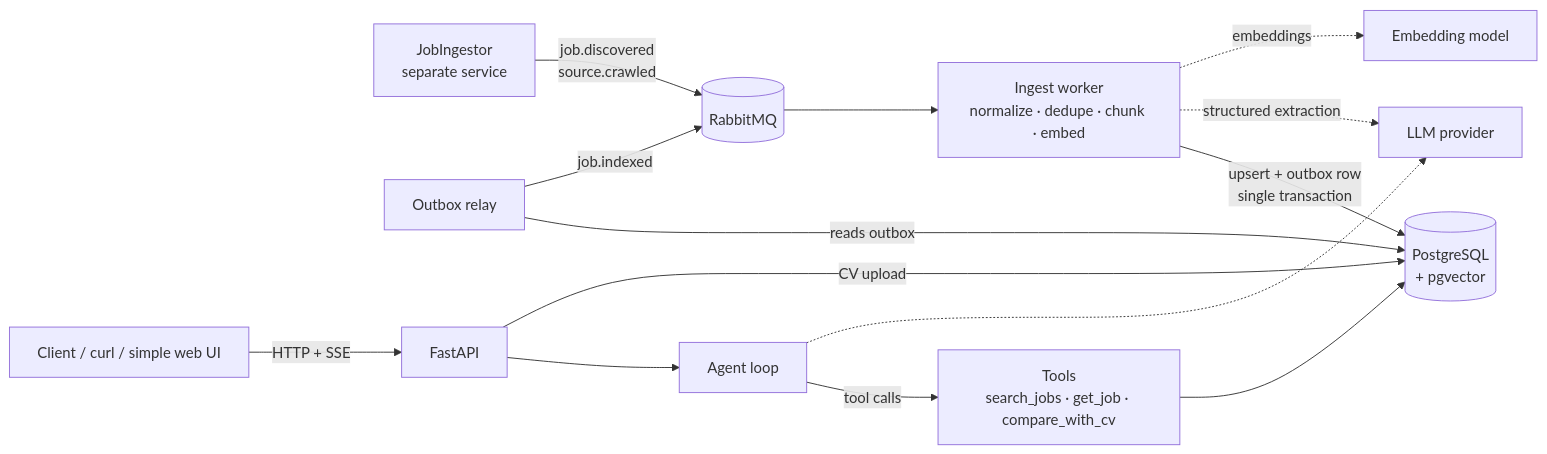
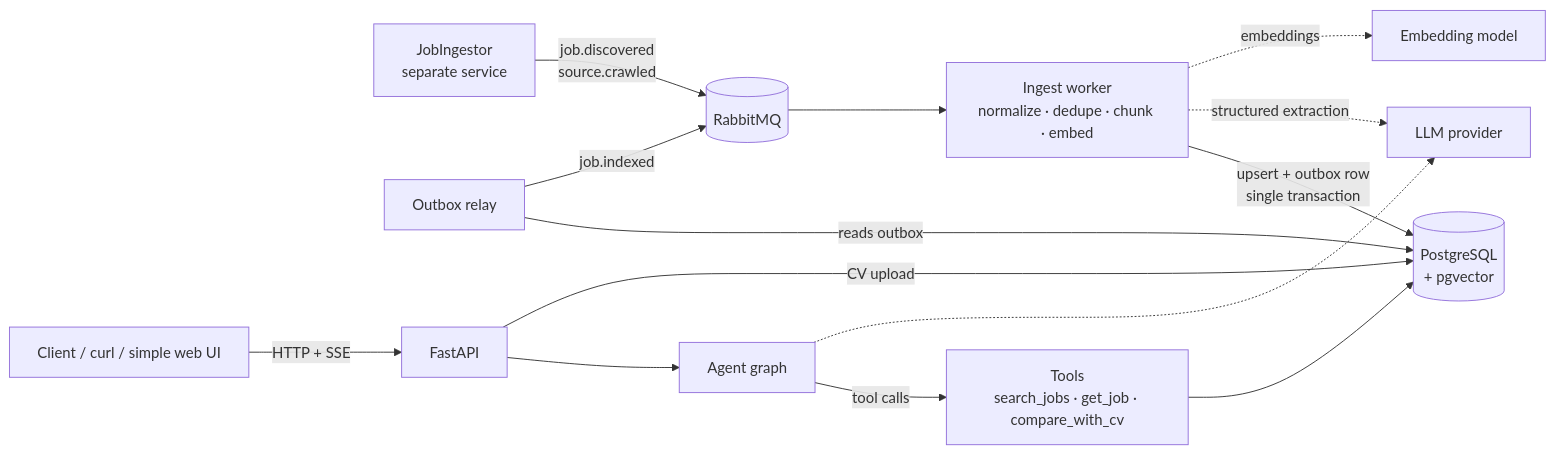
The first of 2 diagrams in JobMatcher/ARCHITECTURE.md (Rauden0/Projects), drawn with Mermaid before and after one commit. The commit also changed other lines of this file and 2 other files, not shown here.

Commit message:
docs: describe the agent as a langgraph state graph

````diff
--- a/JobMatcher/ARCHITECTURE.md
+++ b/JobMatcher/ARCHITECTURE.md
@@ -16,19 +16,19 @@
 ```mermaid
 flowchart LR
     ING[JobIngestor<br/>separate service] -->|job.discovered<br/>source.crawled| MQ[(RabbitMQ)]
 
     MQ --> W[Ingest worker<br/>normalize · dedupe · chunk · embed]
     W -->|upsert + outbox row<br/>single transaction| PG[(PostgreSQL<br/>+ pgvector)]
     W -.->|structured extraction| LLM[LLM provider]
     W -.->|embeddings| EMB[Embedding model]
 
     REL[Outbox relay] -->|reads outbox| PG
     REL -->|job.indexed| MQ
 
     UI[Client / curl / simple web UI] -->|HTTP + SSE| API[FastAPI]
-    API --> AG[Agent loop]
+    API --> AG[Agent graph]
     AG -->|tool calls| T[Tools<br/>search_jobs · get_job · compare_with_cv]
     T --> PG
     AG -.-> LLM
     API -->|CV upload| PG
 ```
````
